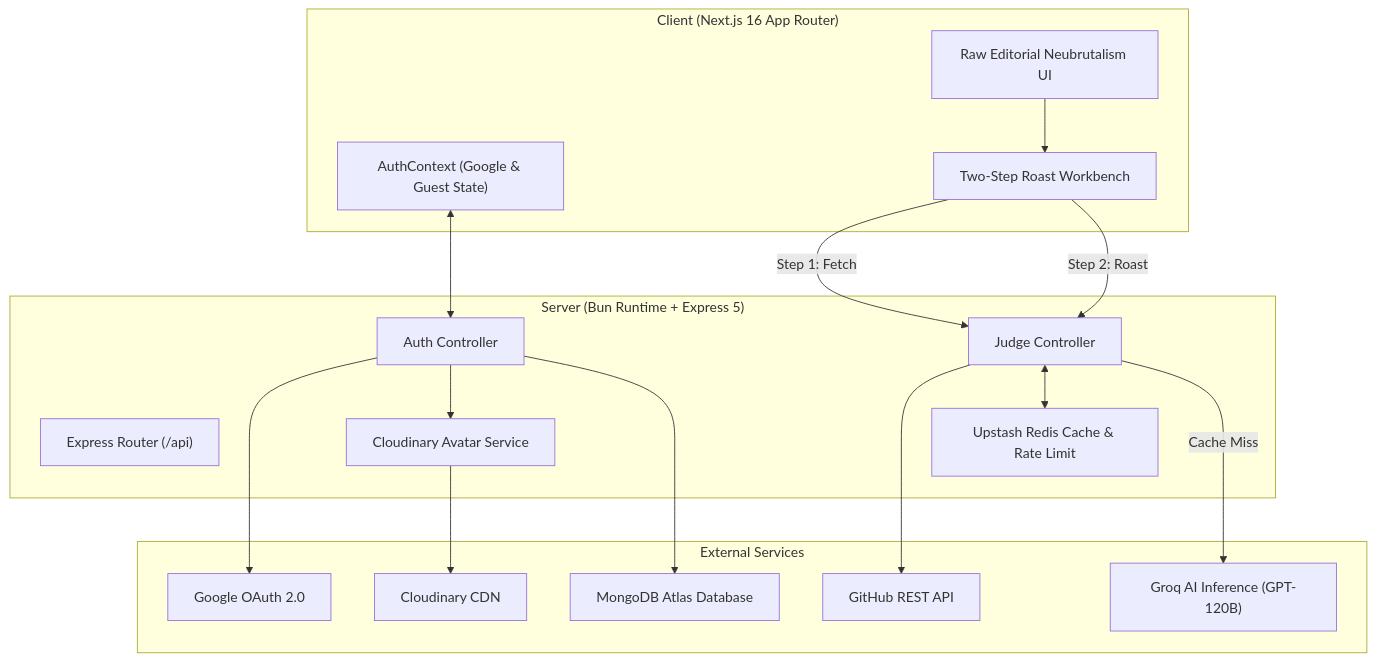
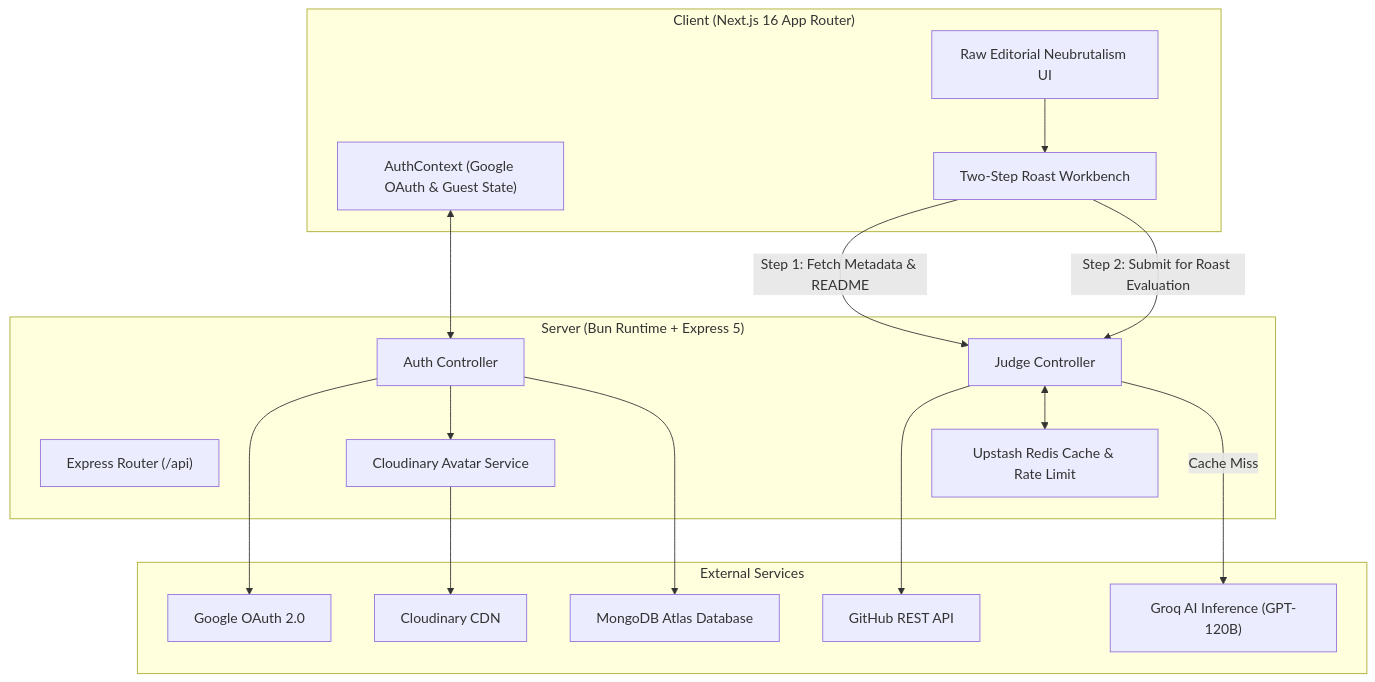
The diagram in README.md (rishhbh/jaas), drawn with Mermaid before and after one commit. The commit also changed other lines of this file and 12 other files, not shown here.

Commit message:
docs: update README documentation, create assets directory, optimize OpenGraph image and add GitHub repository links

````diff
--- a/README.md
+++ b/README.md
@@ -49,35 +115,35 @@
 ```mermaid
 flowchart TD
     subgraph Client ["Client (Next.js 16 App Router)"]
         UI["Raw Editorial Neubrutalism UI"]
-        AuthCtx["AuthContext (Google & Guest State)"]
+        AuthCtx["AuthContext (Google OAuth & Guest State)"]
         RoastForm["Two-Step Roast Workbench"]
     end
 
     subgraph Backend ["Server (Bun Runtime + Express 5)"]
         API["Express Router (/api)"]
         AuthCtrl["Auth Controller"]
         JudgeCtrl["Judge Controller"]
         CloudinarySvc["Cloudinary Avatar Service"]
         RedisSvc["Upstash Redis Cache & Rate Limit"]
     end
 
     subgraph External ["External Services"]
         GoogleOAuth["Google OAuth 2.0"]
         CloudinaryCDN["Cloudinary CDN"]
         GroqAI["Groq AI Inference (GPT-120B)"]
         GitHubAPI["GitHub REST API"]
         MongoDB["MongoDB Atlas Database"]
     end
 
     UI --> RoastForm
     AuthCtx <--> AuthCtrl
     AuthCtrl --> GoogleOAuth
     AuthCtrl --> CloudinarySvc --> CloudinaryCDN
     AuthCtrl --> MongoDB
 
-    RoastForm -->|Step 1: Fetch| JudgeCtrl --> GitHubAPI
-    RoastForm -->|Step 2: Roast| JudgeCtrl
+    RoastForm -->|Step 1: Fetch Metadata & README| JudgeCtrl --> GitHubAPI
+    RoastForm -->|Step 2: Submit for Roast Evaluation| JudgeCtrl
     JudgeCtrl <--> RedisSvc
     JudgeCtrl -->|Cache Miss| GroqAI
 ```
````
